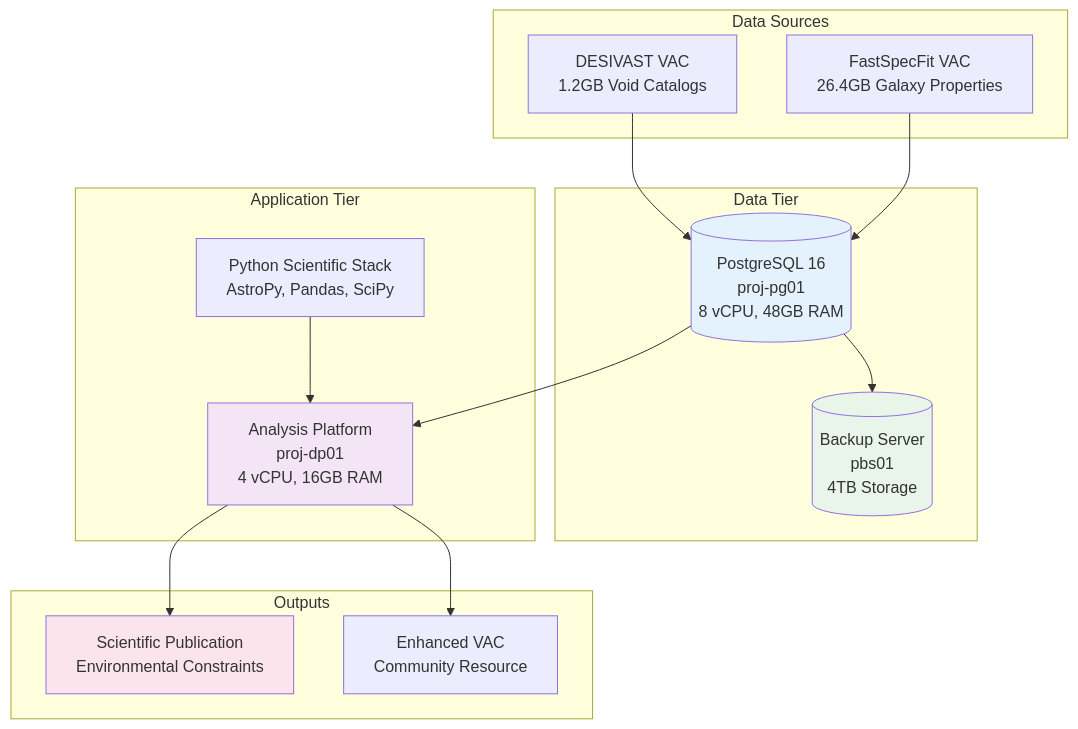
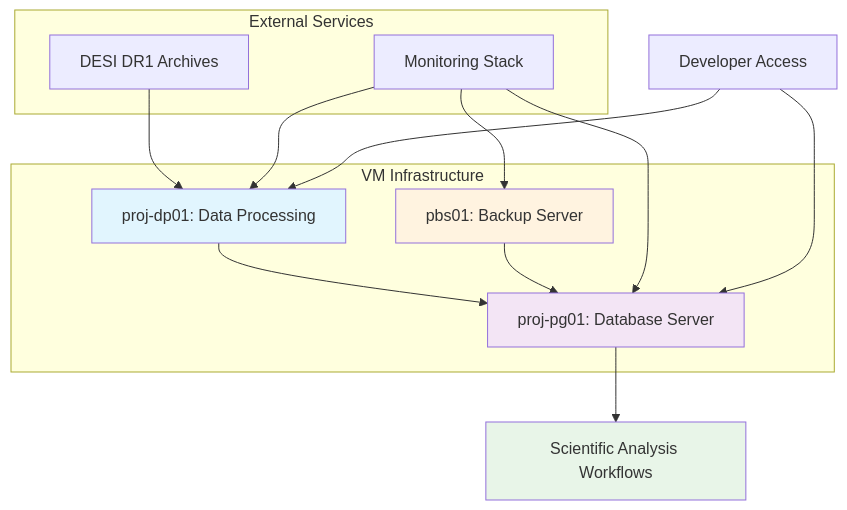
The diagram in docs/project-architecture.md (Pxomox-Astronomy-Lab/desi-cosmic-void-galaxies), drawn with Mermaid before and after one commit. The commit also changed other lines of this file and 26 other files, not shown here.

````diff
--- a/docs/project-architecture.md
+++ b/docs/project-architecture.md
@@ -122,35 +120,30 @@
 ```mermaid
-graph TB
-    subgraph "Data Tier"
-        DB[(PostgreSQL 16<br/>proj-pg01<br/>8 vCPU, 48GB RAM)]
-        BACKUP[(Backup Server<br/>pbs01<br/>4TB Storage)]
+graph TD
+    A[DESI DR1 Archives] --> B[proj-dp01: Data Processing]
+    B --> C[proj-pg01: Database Server]
+    C --> D[Scientific Analysis Workflows]
+    
+    E[pbs01: Backup Server] --> C
+    F[Monitoring Stack] --> B
+    F --> C
+    F --> E
+    
+    G[Developer Access] --> B
+    G --> C
+    
+    subgraph "VM Infrastructure"
+        B
+        C
+        E
     end
     
-    subgraph "Application Tier"
-        ANALYSIS[Analysis Platform<br/>proj-dp01<br/>4 vCPU, 16GB RAM]
-        PYTHON[Python Scientific Stack<br/>AstroPy, Pandas, SciPy]
+    subgraph "External Services"
+        A
+        F
     end
     
-    subgraph "Data Sources"
-        DESIVAST[DESIVAST VAC<br/>1.2GB Void Catalogs]
-        FASTSPEC[FastSpecFit VAC<br/>26.4GB Galaxy Properties]
-    end
-    
-    subgraph "Outputs"
-        PUBLICATION[Scientific Publication<br/>Environmental Constraints]
-        VAC[Enhanced VAC<br/>Community Resource]
-    end
-    
-    DESIVAST --> DB
-    FASTSPEC --> DB
-    DB --> ANALYSIS
-    PYTHON --> ANALYSIS
-    ANALYSIS --> PUBLICATION
-    ANALYSIS --> VAC
-    DB --> BACKUP
-    
-    style DB fill:#e3f2fd
-    style ANALYSIS fill:#f3e5f5
-    style BACKUP fill:#e8f5e8
-    style PUBLICATION fill:#fce4ec
+    style B fill:#e1f5fe
+    style C fill:#f3e5f5
+    style E fill:#fff3e0
+    style D fill:#e8f5e8
 ```
````
